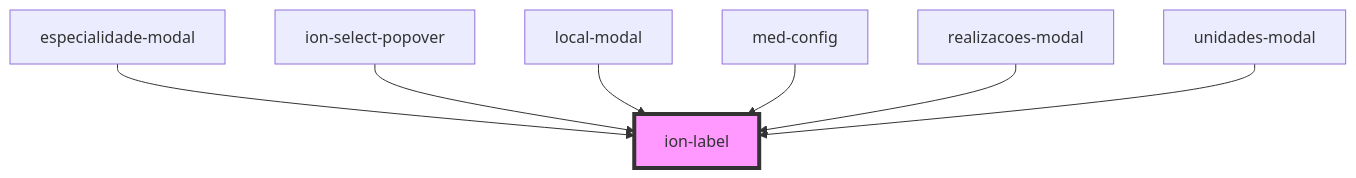
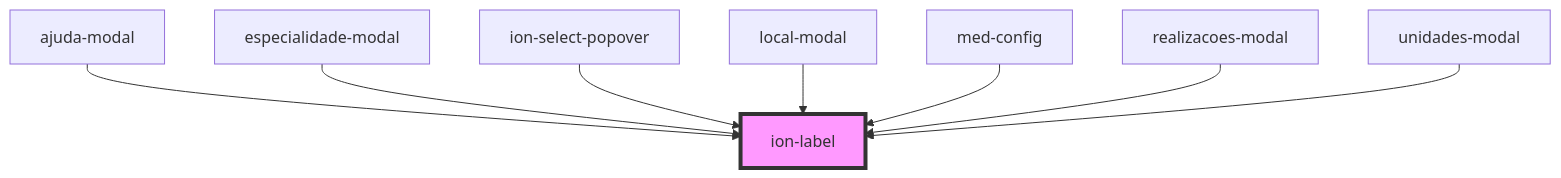
The diagram in core/src/components/label/readme.md (MEDGRUPOGIT/ionic-framework-1), drawn with Mermaid before and after one commit. The commit also changed other lines of this file and 20 other files, not shown here.

Commit message:
migração ionic 1 tela simulados modal ajuda

````diff
--- a/core/src/components/label/readme.md
+++ b/core/src/components/label/readme.md
@@ -314,10 +315,11 @@
 ```mermaid
 graph TD;
+  ajuda-modal --> ion-label
   especialidade-modal --> ion-label
   ion-select-popover --> ion-label
   local-modal --> ion-label
   med-config --> ion-label
   realizacoes-modal --> ion-label
   unidades-modal --> ion-label
   style ion-label fill:#f9f,stroke:#333,stroke-width:4px
 ```
````
